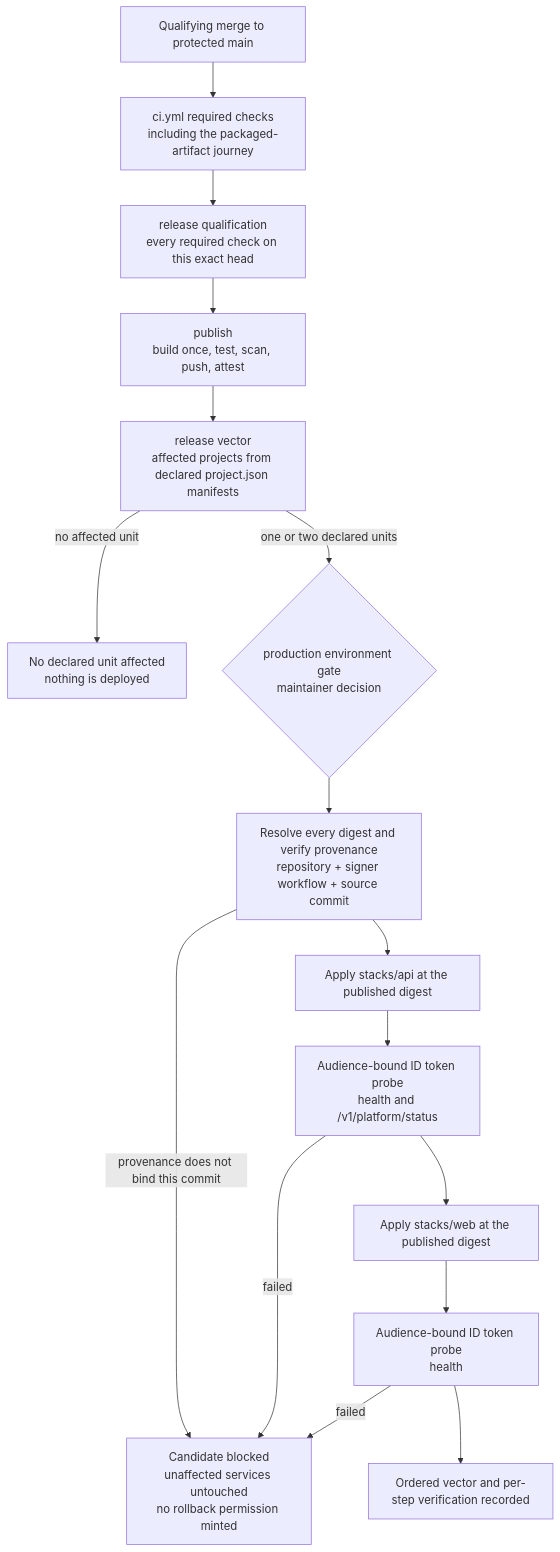
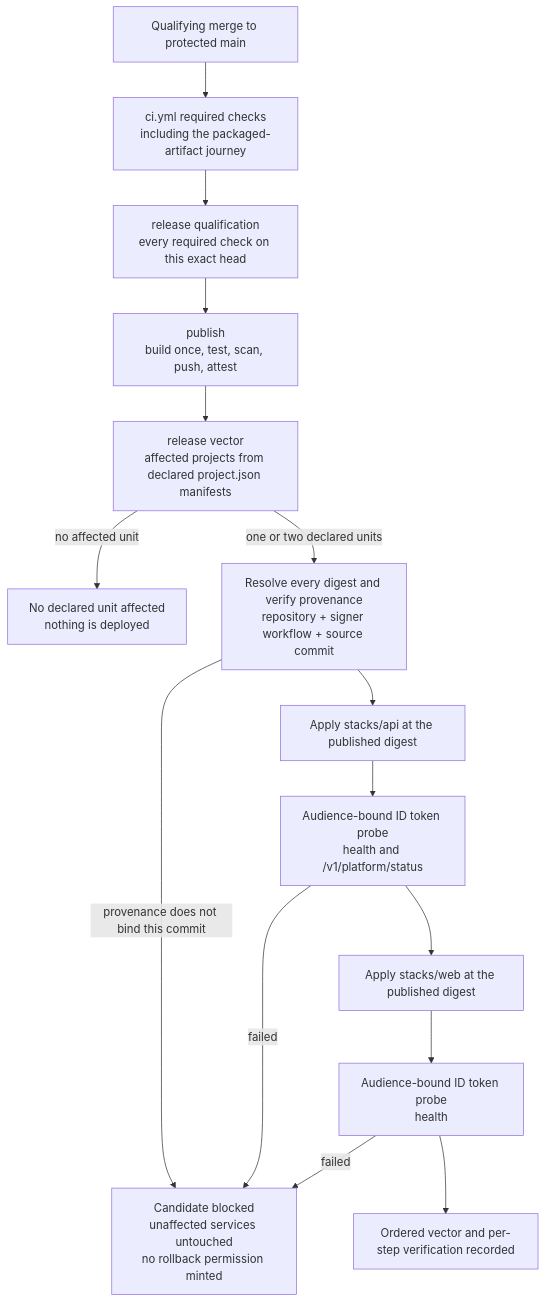
The sixth of 12 diagrams in docs/architecture/overview.md (money-noodle/money-noodle), drawn with Mermaid before and after one commit. The commit also changed other lines of this file and 6 other files, not shown here.

````diff
--- a/docs/architecture/overview.md
+++ b/docs/architecture/overview.md
@@ -279,26 +285,24 @@
 ```mermaid
 flowchart TB
     merge["Qualifying merge to protected main"]
     gates["ci.yml required checks<br/>including the packaged-artifact journey"]
     qualify["release qualification<br/>every required check on this exact head"]
     publish["publish<br/>build once, test, scan, push, attest"]
     vector["release vector<br/>affected projects from declared project.json manifests"]
     idle["No declared unit affected<br/>nothing is deployed"]
-    envGate{"production environment gate<br/>maintainer decision"}
     provenance["Resolve every digest and verify provenance<br/>repository + signer workflow + source commit"]
     deployApi["Apply stacks/api at the published digest"]
     verifyApi["Audience-bound ID token probe<br/>health and /v1/platform/status"]
     deployWeb["Apply stacks/web at the published digest"]
     verifyWeb["Audience-bound ID token probe<br/>health"]
     blocked["Candidate blocked<br/>unaffected services untouched<br/>no rollback permission minted"]
     record["Ordered vector and per-step verification recorded"]
 
     merge --> gates --> qualify --> publish --> vector
     vector -->|no affected unit| idle
-    vector -->|one or two declared units| envGate
-    envGate --> provenance
+    vector -->|one or two declared units| provenance
     provenance -->|provenance does not bind this commit| blocked
     provenance --> deployApi --> verifyApi --> deployWeb --> verifyWeb --> record
     verifyApi -->|failed| blocked
     verifyWeb -->|failed| blocked
 ```
````
